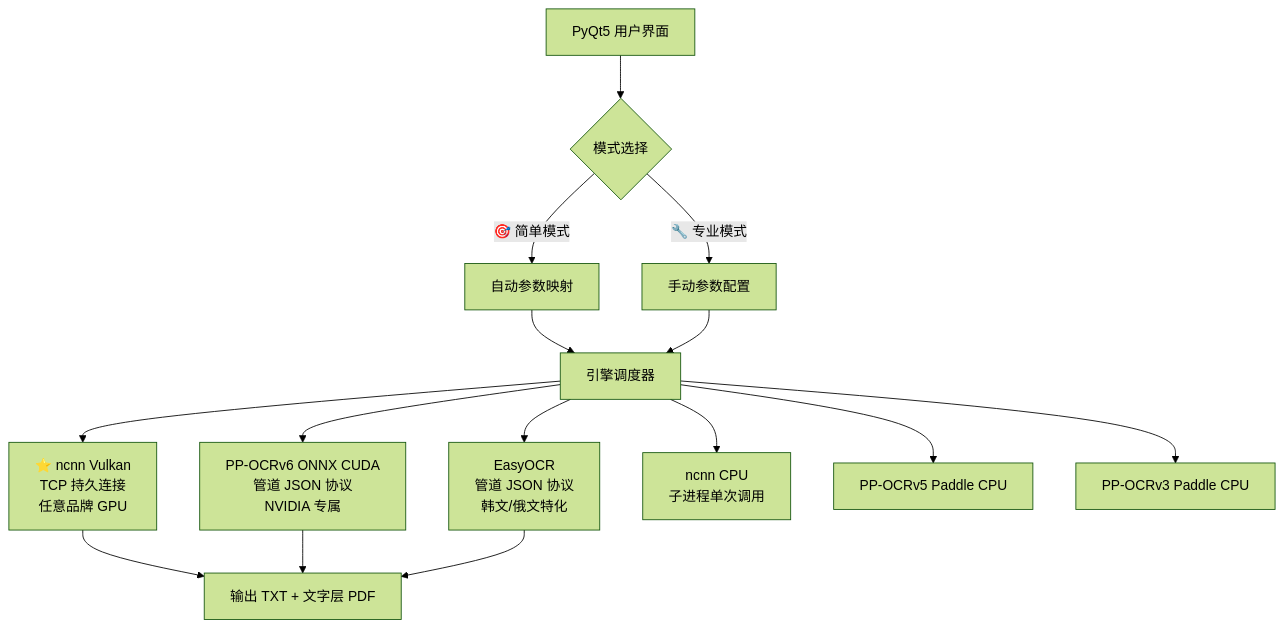
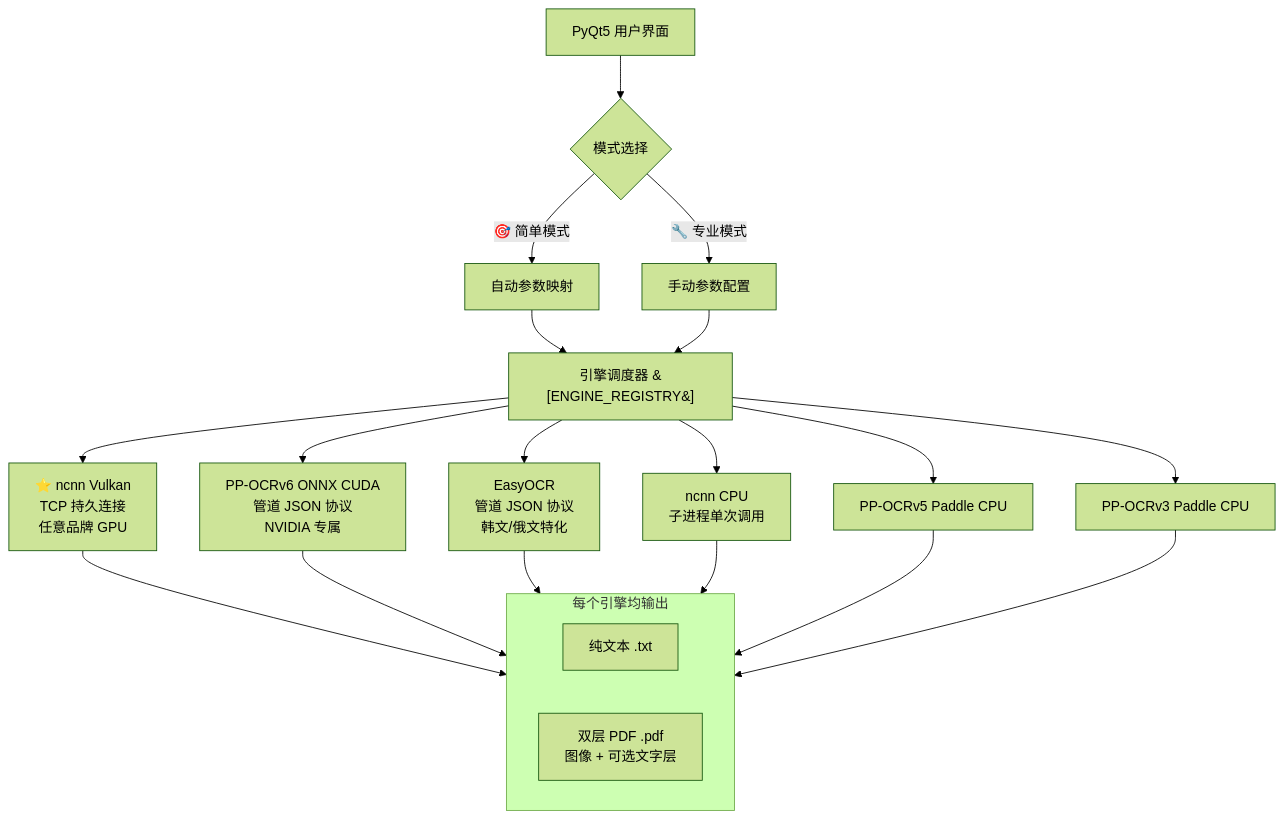
Before and after one commit to zzhjim02/CathayOCR: the diagram in README.md, drawn with Mermaid (forest theme). The commit also changed other lines of this file, not shown here.

Commit message:
📝 README v3：修正引擎架构图/GPU推荐/Lite定位/输出说明/测试CPU/补全上游插件

````diff
--- a/README.md
+++ b/README.md
@@ -211,19 +218,27 @@
 ```mermaid
 graph TD
     UI[PyQt5 用户界面] --> SM{模式选择}
     SM -->|🎯 简单模式| Auto[自动参数映射]
     SM -->|🔧 专业模式| Manual[手动参数配置]
-    Auto --> Engine[引擎调度器]
+    Auto --> Engine[引擎调度器 &#91;ENGINE_REGISTRY&#93;]
     Manual --> Engine
-    
+
     Engine --> NCNN[⭐ ncnn Vulkan<br/>TCP 持久连接<br/>任意品牌 GPU]
     Engine --> ONNX[PP-OCRv6 ONNX CUDA<br/>管道 JSON 协议<br/>NVIDIA 专属]
     Engine --> EOCR[EasyOCR<br/>管道 JSON 协议<br/>韩文/俄文特化]
     Engine --> CPU[ncnn CPU<br/>子进程单次调用]
     Engine --> V5[PP-OCRv5 Paddle CPU]
     Engine --> V3[PP-OCRv3 Paddle CPU]
-    
-    NCNN --> Out[输出 TXT + 文字层 PDF]
-    ONNX --> Out
-    EOCR --> Out
+
+    subgraph 输出 [每个引擎均输出]
+        Out1[纯文本 .txt]
+        Out2[双层 PDF .pdf<br/>图像 + 可选文字层]
+    end
+
+    NCNN --> 输出
+    ONNX --> 输出
+    EOCR --> 输出
+    CPU --> 输出
+    V5 --> 输出
+    V3 --> 输出
 ```
````
